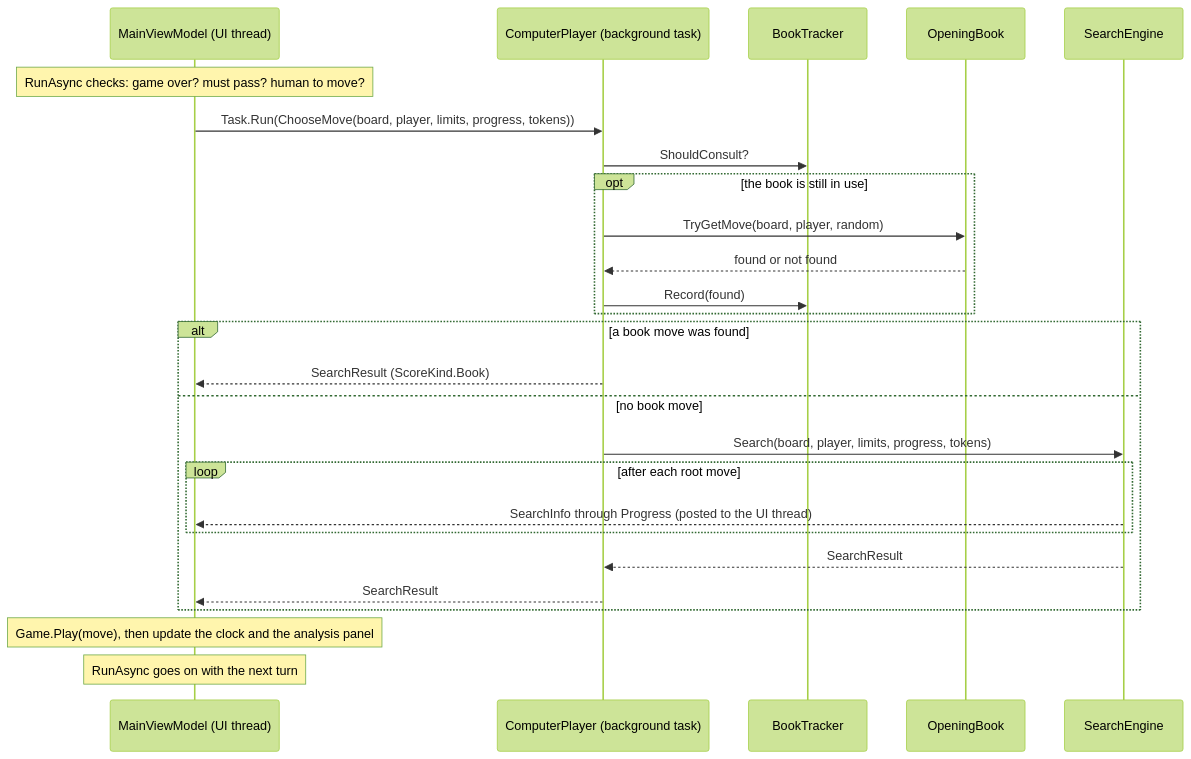
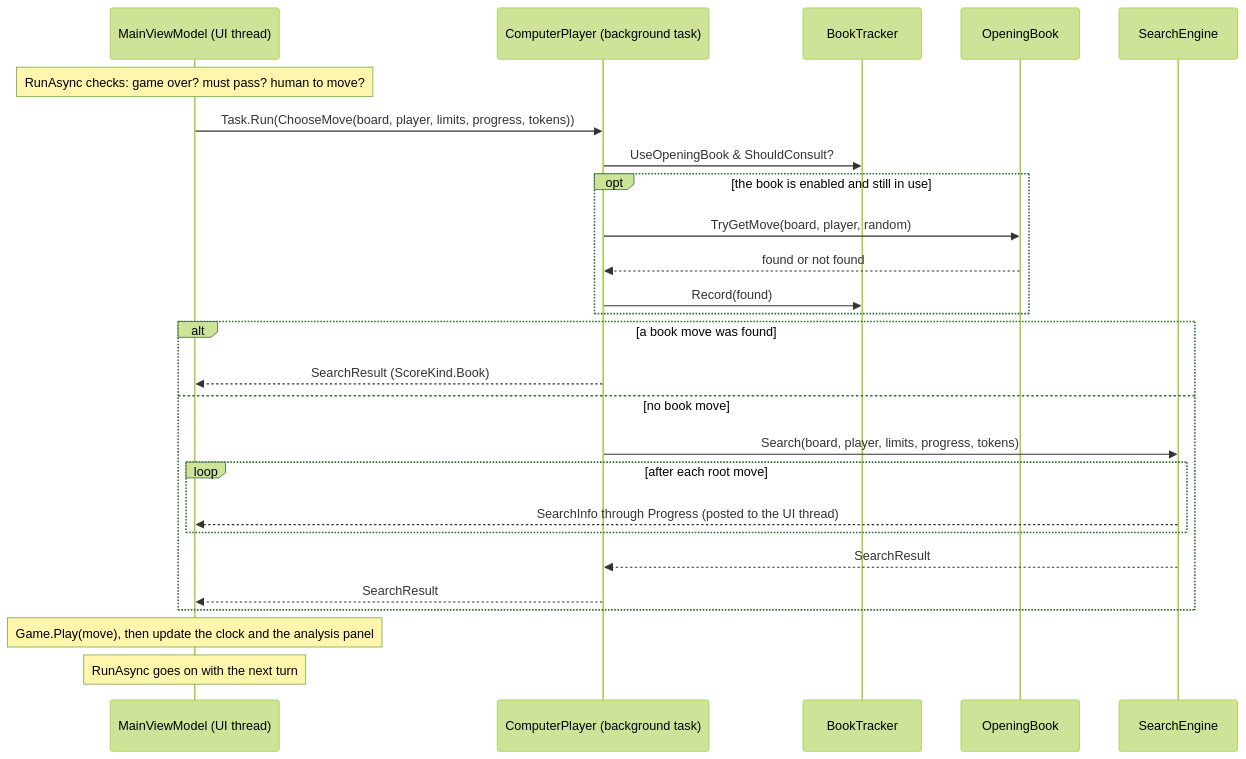
Before and after one commit to cjp-dev/Stello: the fourth of 4 diagrams in docs/brain/01-overview.md, drawn with Mermaid (forest theme). The commit also changed other lines of this file and 20 other files, not shown here.

````diff
--- a/docs/brain/01-overview.md
+++ b/docs/brain/01-overview.md
@@ -193,28 +193,28 @@
 ```mermaid
 sequenceDiagram
     participant VM as MainViewModel (UI thread)
     participant CP as ComputerPlayer (background task)
     participant BT as BookTracker
     participant OB as OpeningBook
     participant SE as SearchEngine
     Note over VM: RunAsync checks: game over? must pass? human to move?
     VM->>CP: Task.Run(ChooseMove(board, player, limits, progress, tokens))
-    CP->>BT: ShouldConsult?
-    opt the book is still in use
+    CP->>BT: UseOpeningBook & ShouldConsult?
+    opt the book is enabled and still in use
         CP->>OB: TryGetMove(board, player, random)
         OB-->>CP: found or not found
         CP->>BT: Record(found)
     end
     alt a book move was found
         CP-->>VM: SearchResult (ScoreKind.Book)
     else no book move
         CP->>SE: Search(board, player, limits, progress, tokens)
         loop after each root move
             SE-->>VM: SearchInfo through Progress (posted to the UI thread)
         end
         SE-->>CP: SearchResult
         CP-->>VM: SearchResult
     end
     Note over VM: Game.Play(move), then update the clock and the analysis panel
     Note over VM: RunAsync goes on with the next turn
 ```
````
